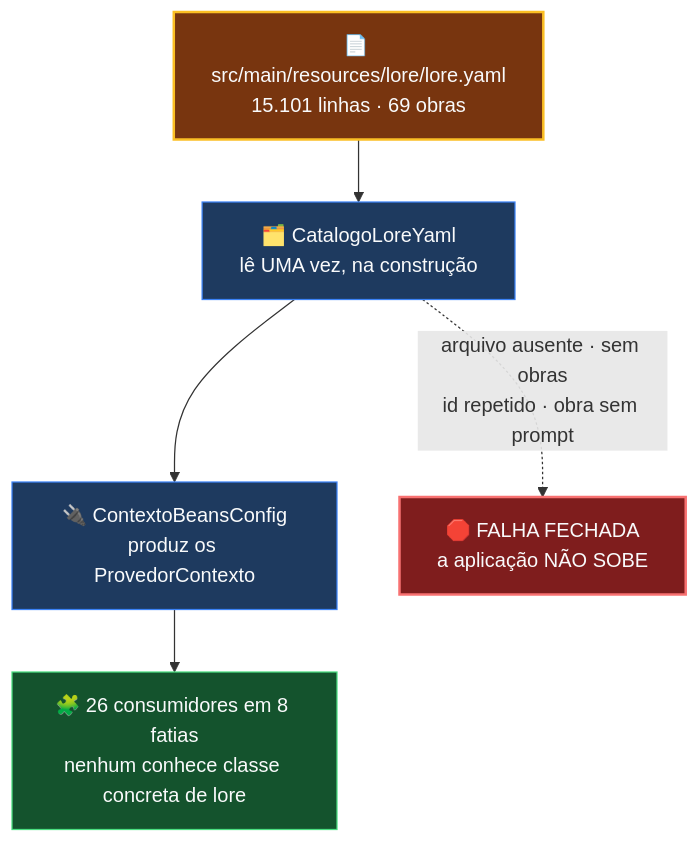
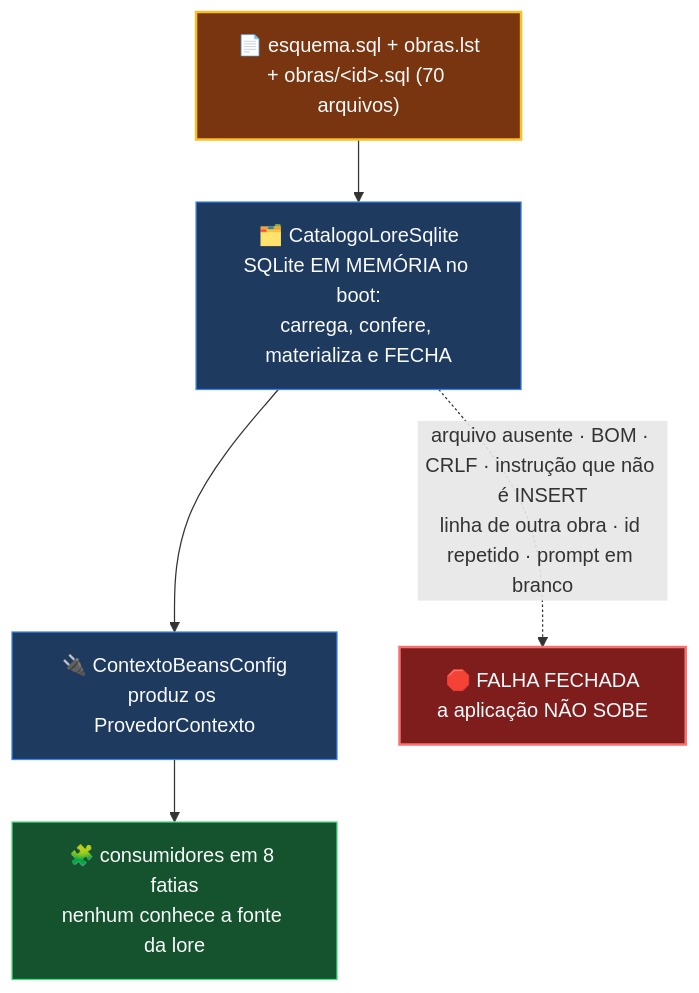
The diagram in docs/modulo-contextos-lore.md (carmipa/traducao_animes_llm_local_quarkus-1), drawn with Mermaid before and after one commit. The commit also changed other lines of this file and 5 other files, not shown here.

First line of the commit message:
docs(lore): a lore e um arquivo SQL por obra — fase 5 da lore em SQLite

````diff
--- a/docs/modulo-contextos-lore.md
+++ b/docs/modulo-contextos-lore.md
@@ -27,16 +36,16 @@
 ```mermaid
 graph TD
-    YAML["📄 src/main/resources/lore/lore.yaml<br/>15.101 linhas · 69 obras"] --> CAT["🗂️ CatalogoLoreYaml<br/>lê UMA vez, na construção"]
+    SQL["📄 esquema.sql + obras.lst<br/>+ obras/&lt;id&gt;.sql (70 arquivos)"] --> CAT["🗂️ CatalogoLoreSqlite<br/>SQLite EM MEMÓRIA no boot:<br/>carrega, confere, materializa e FECHA"]
     CAT --> BEANS["🔌 ContextoBeansConfig<br/>produz os ProvedorContexto"]
-    BEANS --> CONS["🧩 26 consumidores em 8 fatias<br/>nenhum conhece classe concreta de lore"]
-    CAT -.->|"arquivo ausente · sem obras<br/>id repetido · obra sem prompt"| FECHA["🛑 FALHA FECHADA<br/>a aplicação NÃO SOBE"]
+    BEANS --> CONS["🧩 consumidores em 8 fatias<br/>nenhum conhece a fonte da lore"]
+    CAT -.->|"arquivo ausente · BOM · CRLF · instrução que não é INSERT<br/>linha de outra obra · id repetido · prompt em branco"| FECHA["🛑 FALHA FECHADA<br/>a aplicação NÃO SOBE"]
 
     classDef dado fill:#78350f,stroke:#FBBF24,color:#F9FAFB,stroke-width:2px
     classDef mec fill:#1e3a5f,stroke:#3B82F6,color:#F9FAFB
     classDef cons fill:#14532d,stroke:#4ADE80,color:#F9FAFB
     classDef stop fill:#7f1d1d,stroke:#F87171,color:#F9FAFB,stroke-width:2px
-    class YAML dado
+    class SQL dado
     class CAT,BEANS mec
     class CONS cons
     class FECHA stop
 ```
````
